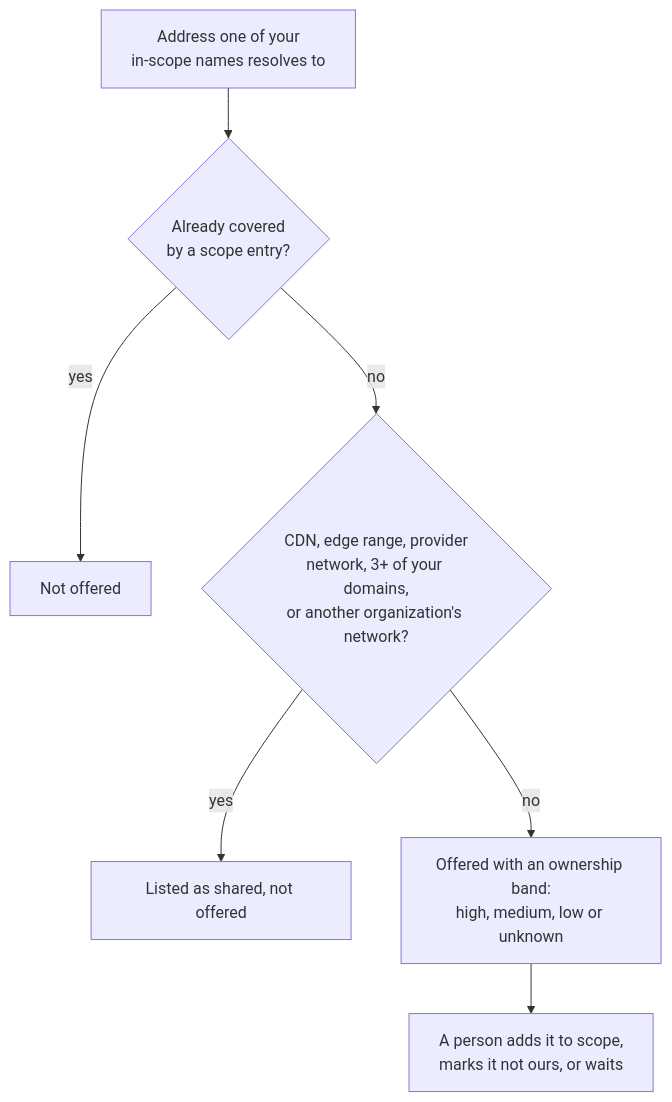
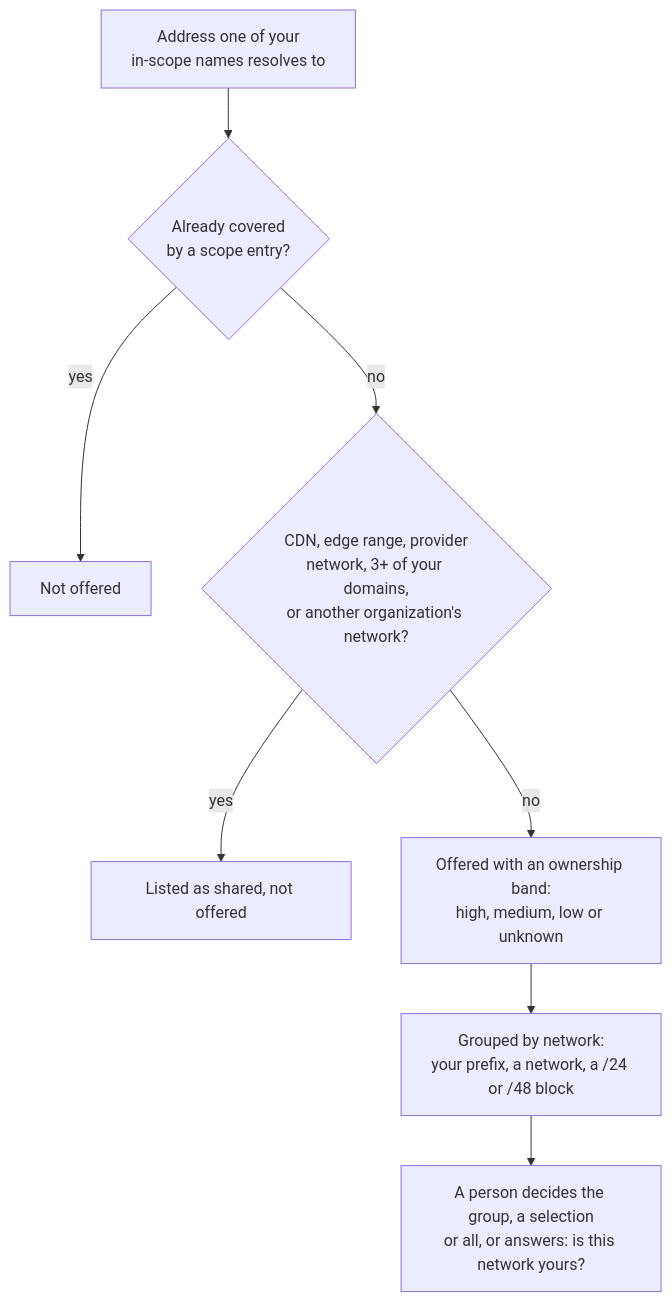
Before and after one commit to openctemio/docs: the third of 3 diagrams in how-it-works/attack-surface/decisions.md, drawn with Mermaid. The commit also changed other lines of this file and 2 other files, not shown here.

First line of the commit message:
docs(attack-surface): Decisions groups addresses by network and decides in bulk

````diff
--- a/how-it-works/attack-surface/decisions.md
+++ b/how-it-works/attack-surface/decisions.md
@@ -101,9 +101,10 @@
 ```mermaid
 flowchart TD
   A["Address one of your<br/>in-scope names resolves to"] --> C{"Already covered<br/>by a scope entry?"}
   C -- yes --> X["Not offered"]
   C -- no --> E{"CDN, edge range, provider<br/>network, 3+ of your domains,<br/>or another organization's network?"}
   E -- yes --> SH["Listed as shared, not offered"]
   E -- no --> O["Offered with an ownership band:<br/>high, medium, low or unknown"]
-  O --> P["A person adds it to scope,<br/>marks it not ours, or waits"]
+  O --> G["Grouped by network:<br/>your prefix, a network, a /24 or /48 block"]
+  G --> P["A person decides the group, a selection<br/>or all, or answers: is this network yours?"]
 ```
````
